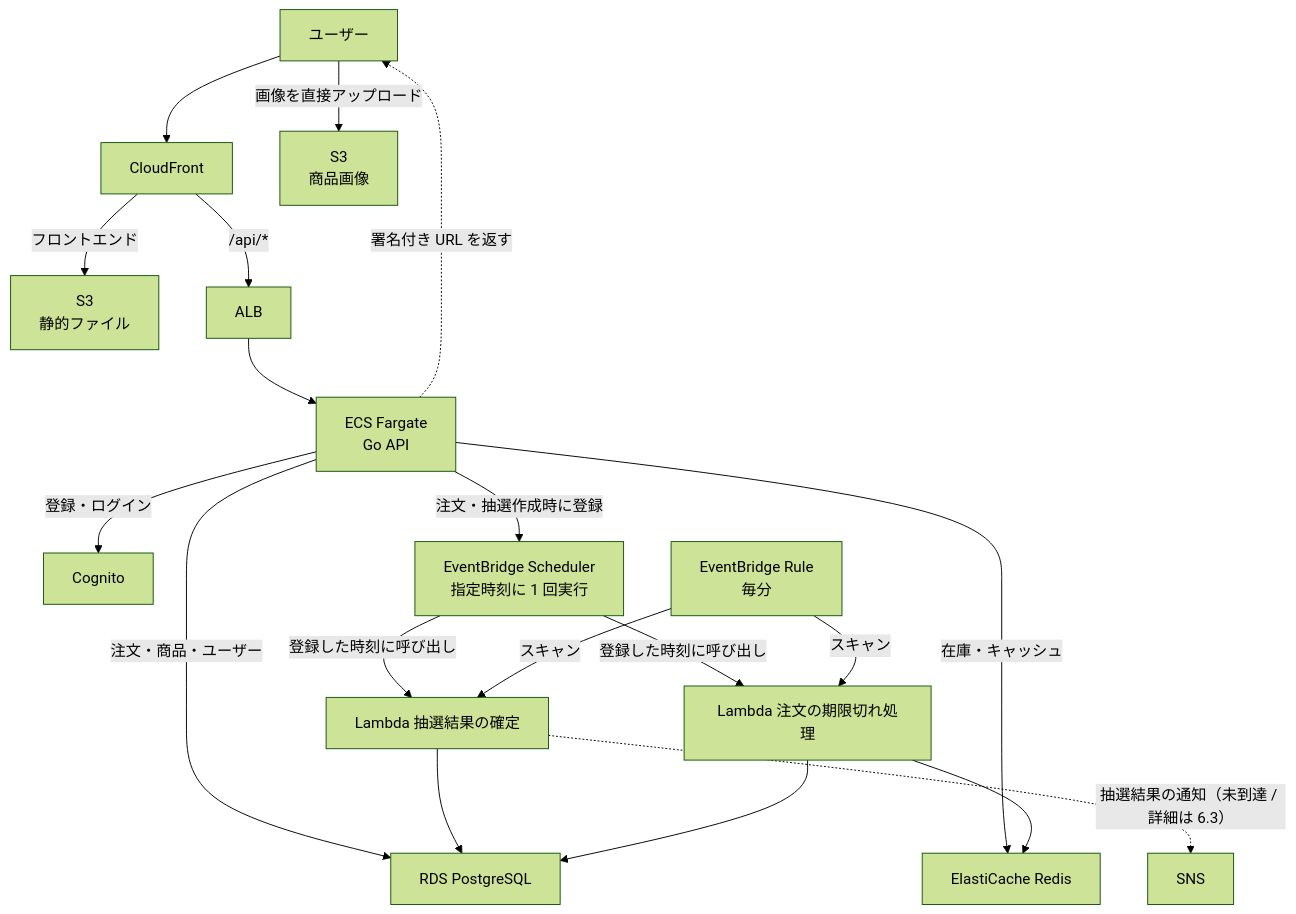
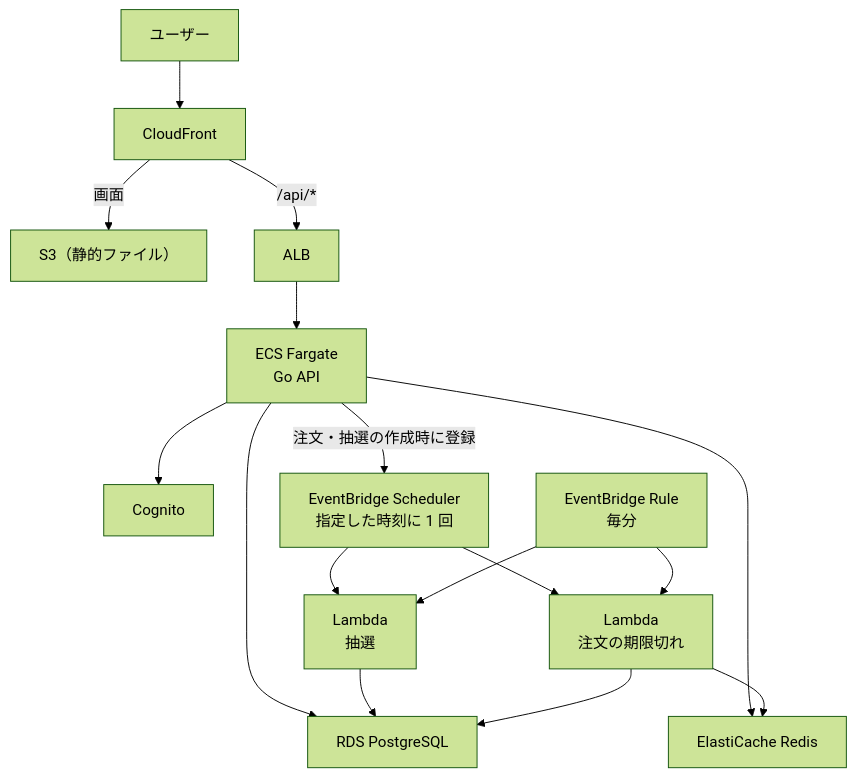
One commit to jessehub777/flashbuy changed the diagram in README.md. Above: the diagram before and after it, drawn with Mermaid (forest theme). The commit also changed other lines of this file and 1 other file, not shown here.

````diff
--- a/README.md
+++ b/README.md
@@ -45,21 +39,18 @@
 ```mermaid
 flowchart TB
   U["ユーザー"] --> CF["CloudFront"]
-  CF -->|"フロントエンド"| S3F["S3<br/>静的ファイル"]
+  CF -->|"画面"| S3F["S3（静的ファイル）"]
   CF -->|"/api/*"| ALB["ALB"]
   ALB --> ECS["ECS Fargate<br/>Go API"]
-  ECS -->|"注文・商品・ユーザー"| RDS["RDS PostgreSQL"]
-  ECS -->|"在庫・キャッシュ"| RD["ElastiCache Redis"]
-  ECS -->|"登録・ログイン"| COG["Cognito"]
-  ECS -.->|"署名付き URL を返す"| U
-  U -->|"画像を直接アップロード"| S3I["S3<br/>商品画像"]
-  ECS -->|"注文・抽選作成時に登録"| SCH["EventBridge Scheduler<br/>指定時刻に 1 回実行"]
-  SCH -->|"登録した時刻に呼び出し"| L1["Lambda 抽選結果の確定"]
-  SCH -->|"登録した時刻に呼び出し"| L2["Lambda 注文の期限切れ処理"]
-  RULE["EventBridge Rule<br/>毎分"] -->|"スキャン"| L1
-  RULE -->|"スキャン"| L2
+  ECS --> RDS["RDS PostgreSQL"]
+  ECS --> RD["ElastiCache Redis"]
+  ECS --> COG["Cognito"]
+  ECS -->|"注文・抽選の作成時に登録"| SCH["EventBridge Scheduler<br/>指定した時刻に 1 回"]
+  SCH --> L1["Lambda<br/>抽選"]
+  SCH --> L2["Lambda<br/>注文の期限切れ"]
+  RULE["EventBridge Rule<br/>毎分"] --> L1
+  RULE --> L2
   L1 --> RDS
-  L1 -.->|"抽選結果の通知（未到達 / 詳細は 6.3）"| SNS["SNS"]
   L2 --> RDS
   L2 --> RD
 ```
````
